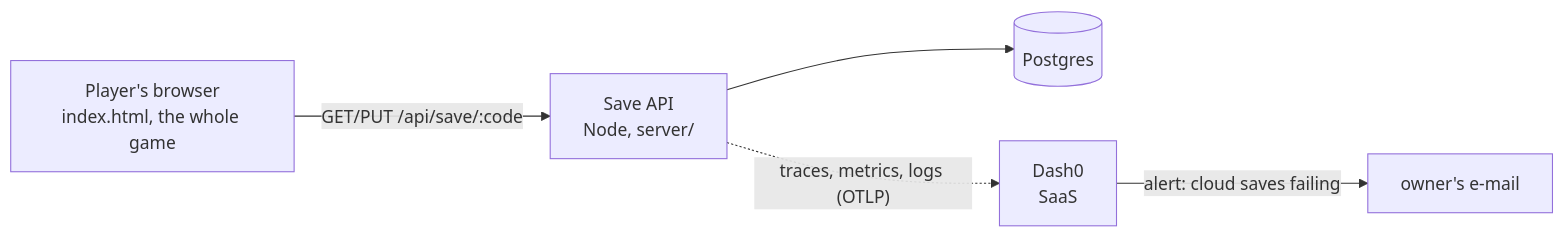
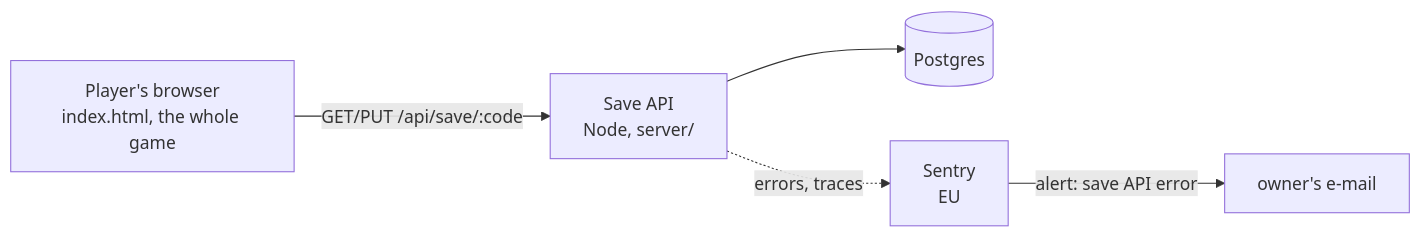
One commit to alexisdacquay/immune-citadel-v4 changed the diagram in README.md. Above: the diagram before and after it, drawn with Mermaid. The commit also changed other lines of this file and 17 other files, not shown here.

Commit message:
Remove Dash0: Sentry now carries save API errors and traces (no player data); alert kept as code; docs and status page (observability step 2)

````diff
--- a/README.md
+++ b/README.md
@@ -40,7 +40,7 @@
 ```mermaid
 flowchart LR
     P[Player's browser<br/>index.html, the whole game] -- "GET/PUT /api/save/:code" --> A[Save API<br/>Node, server/]
     A --> D[(Postgres)]
-    A -. "traces, metrics, logs (OTLP)" .-> O[Dash0<br/>SaaS]
-    O -- "alert: cloud saves failing" --> W[owner's e-mail]
+    A -. "errors, traces" .-> O[Sentry<br/>EU]
+    O -- "alert: save API error" --> W[owner's e-mail]
 ```
````
